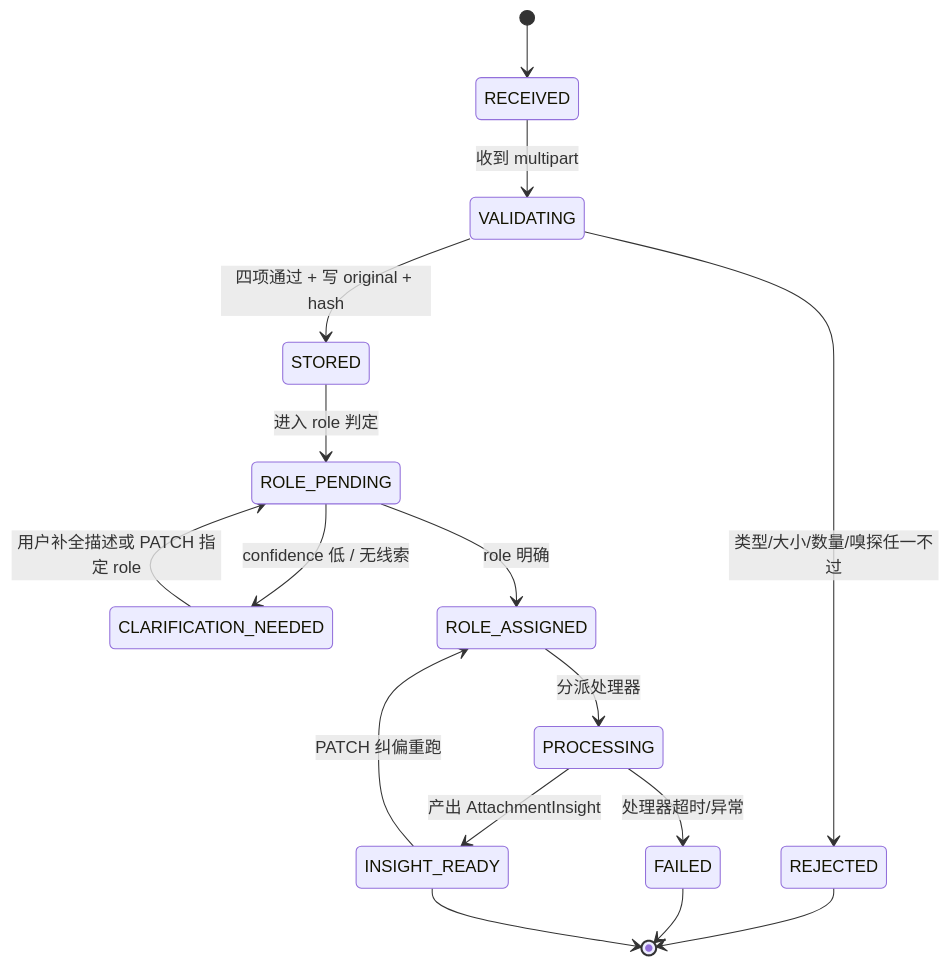
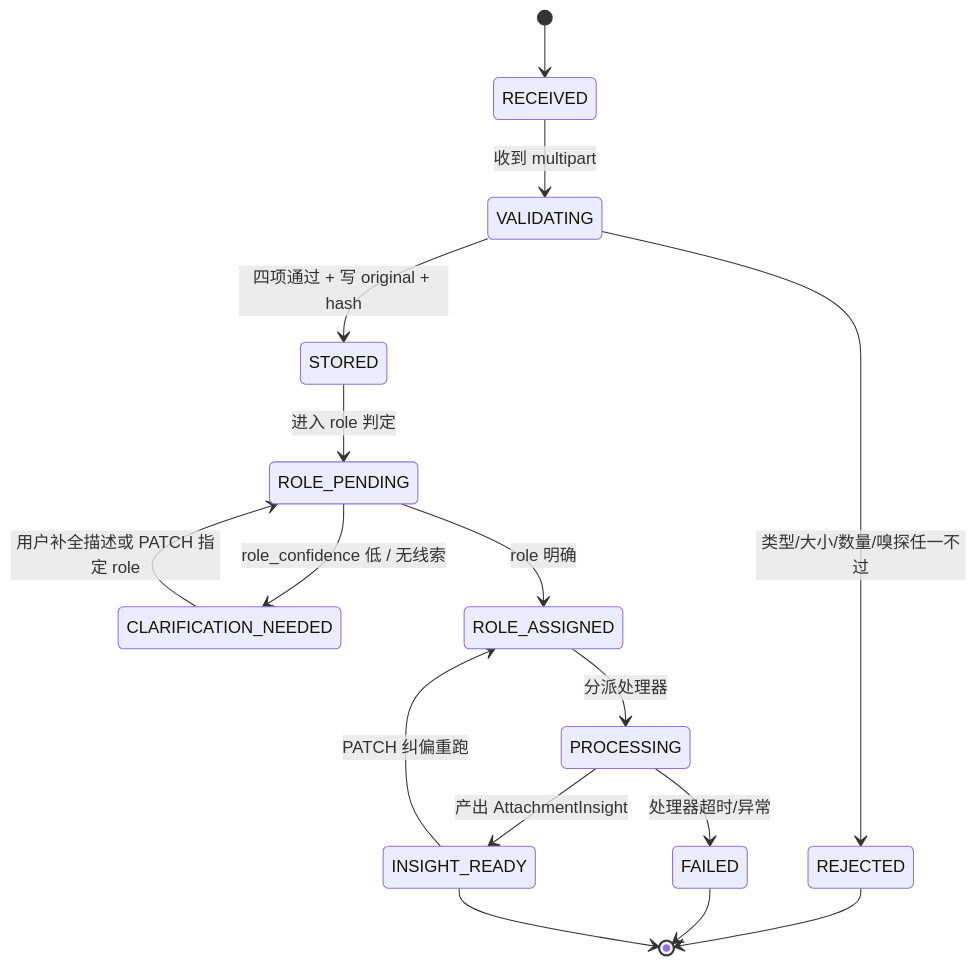
One commit to sao-lang/widget-pilot changed the third of 3 diagrams in docs/modules/M05-附件处理域.md. Above: the diagram before and after it, drawn with Mermaid. The commit also changed other lines of this file and 19 other files, not shown here.

````diff
--- a/docs/modules/M05-附件处理域.md
+++ b/docs/modules/M05-附件处理域.md
@@ -305,18 +306,18 @@
 ```mermaid
 stateDiagram-v2
   [*] --> RECEIVED
   RECEIVED --> VALIDATING: 收到 multipart
   VALIDATING --> REJECTED: 类型/大小/数量/嗅探任一不过
   VALIDATING --> STORED: 四项通过 + 写 original + hash
   STORED --> ROLE_PENDING: 进入 role 判定
-  ROLE_PENDING --> CLARIFICATION_NEEDED: confidence 低 / 无线索
+  ROLE_PENDING --> CLARIFICATION_NEEDED: role_confidence 低 / 无线索
   CLARIFICATION_NEEDED --> ROLE_PENDING: 用户补全描述或 PATCH 指定 role
   ROLE_PENDING --> ROLE_ASSIGNED: role 明确
   ROLE_ASSIGNED --> PROCESSING: 分派处理器
   PROCESSING --> INSIGHT_READY: 产出 AttachmentInsight
   PROCESSING --> FAILED: 处理器超时/异常
   INSIGHT_READY --> ROLE_ASSIGNED: PATCH 纠偏重跑
   REJECTED --> [*]
   FAILED --> [*]
   INSIGHT_READY --> [*]
 ```
````
